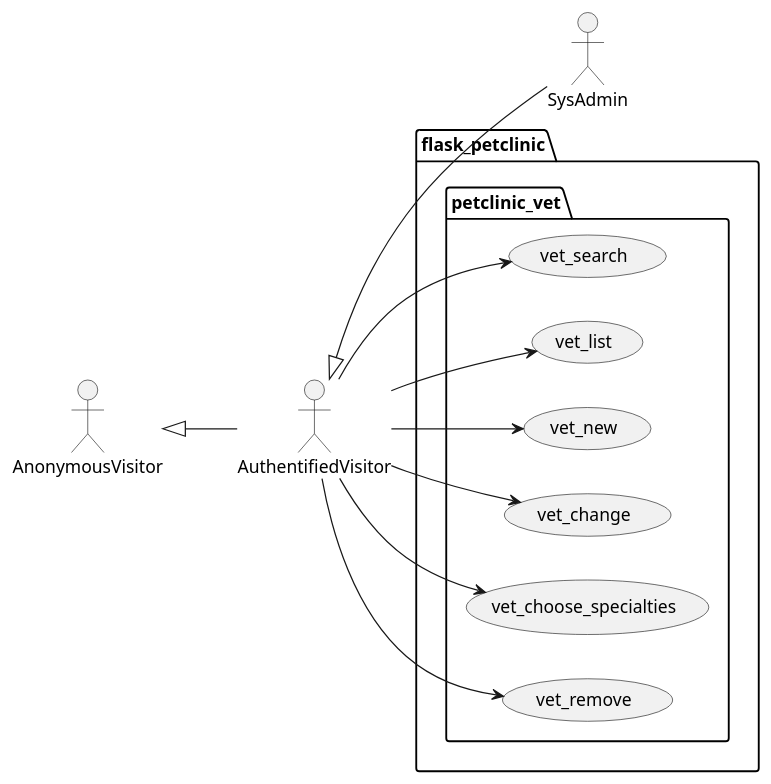
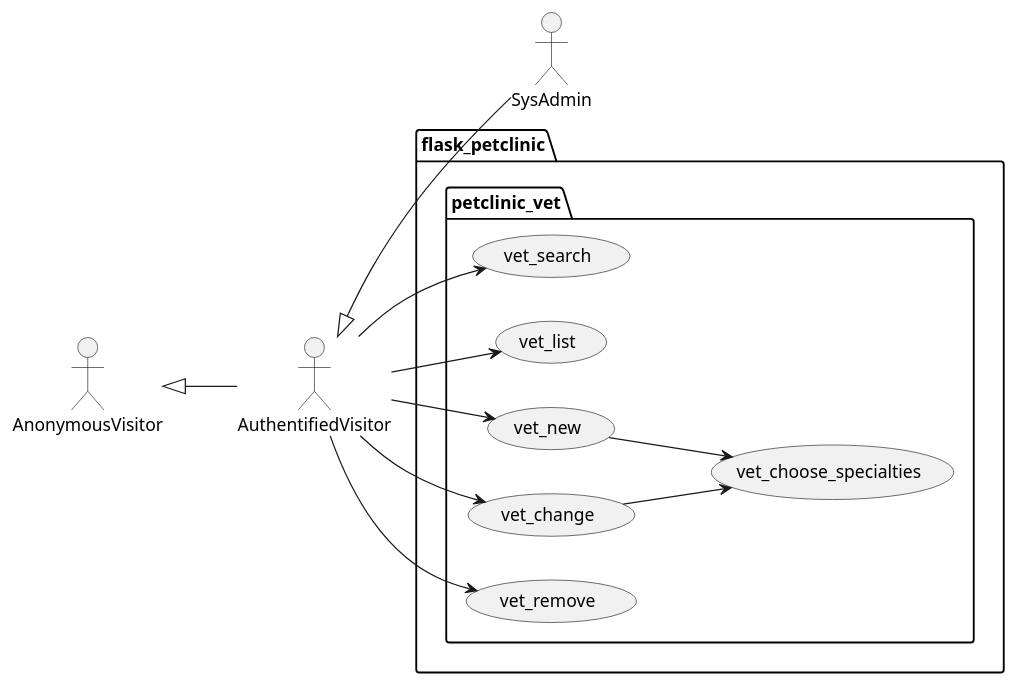
One commit to Jakarta-EE-Petclinic/petclinic_flask changed the diagram in project/petclinic_model/vet.puml. Above: the diagram before and after it, drawn with PlantUML. The commit also changed 12 other files, not shown here.

```diff
--- a/project/petclinic_model/vet.puml
+++ b/project/petclinic_model/vet.puml
@@ -1,30 +1,31 @@
 @startuml
 left to right direction
 
 actor AnonymousVisitor as av
 actor AuthentifiedVisitor as au
 actor SysAdmin as sa
 
 av <|-- au
 au <|-- sa
 
 package flask_petclinic {
 
     package petclinic_vet {
         usecase vet_search as uc3000
         usecase vet_list as uc3001
         usecase vet_new as uc3002
         usecase vet_change as uc3003
         usecase vet_choose_specialties as uc3004
         usecase vet_remove as uc3005
 
         au --> uc3000
         au --> uc3001
         au --> uc3002
         au --> uc3003
-        au --> uc3004
+        uc3002 --> uc3004
+        uc3003 --> uc3004
         au --> uc3005
     }
 
 }
 @enduml
```
